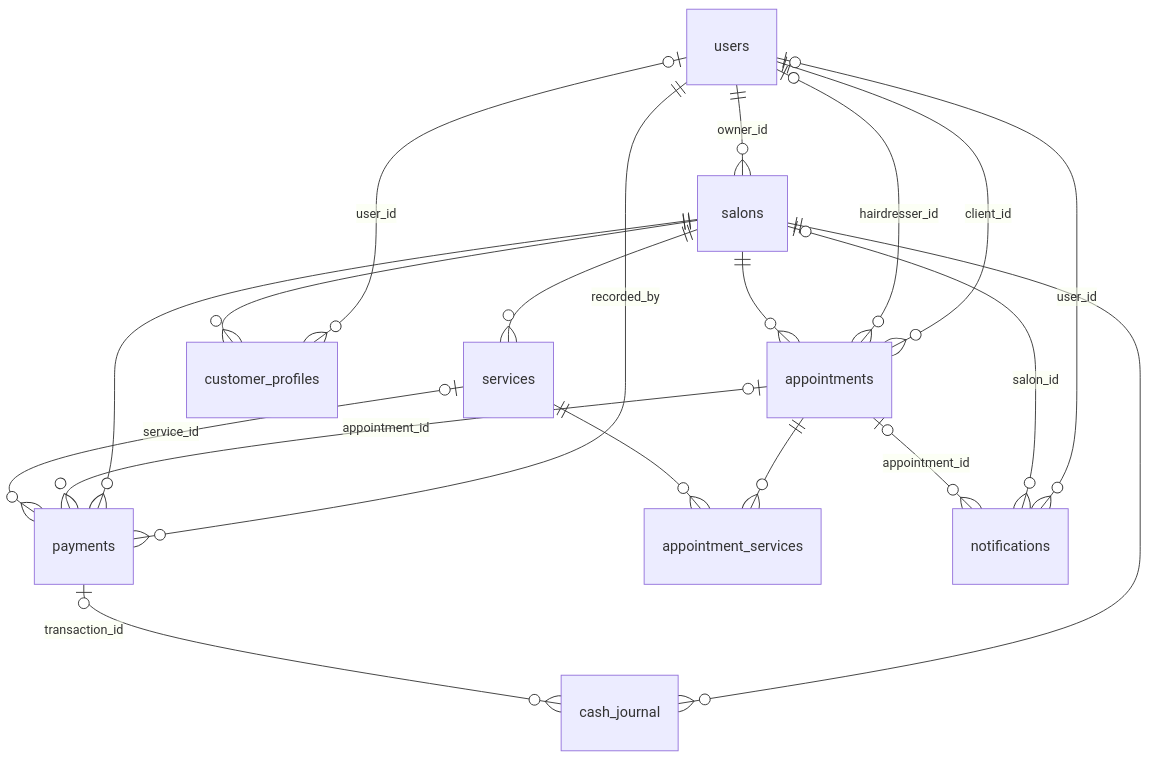
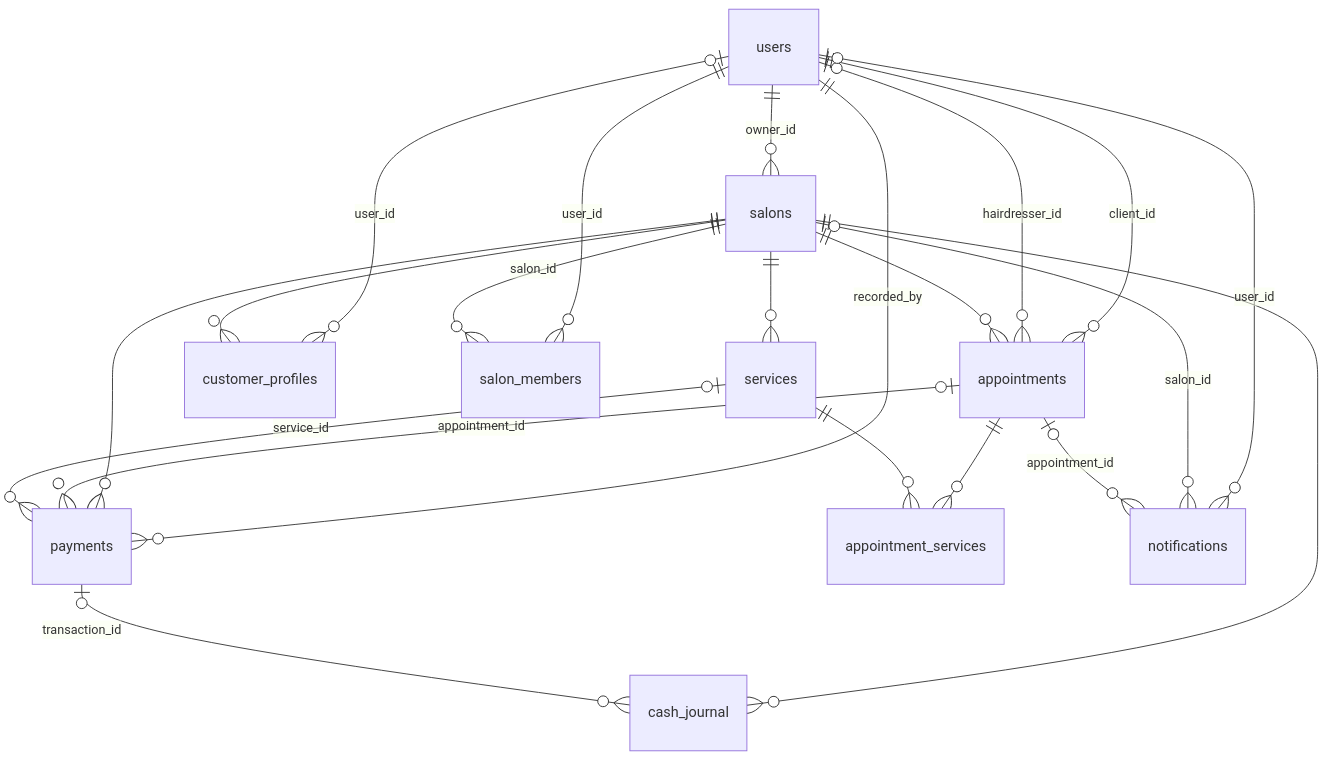
Before and after one commit to flavien-hugs/coiflink: the diagram in backend/README.md, drawn with Mermaid. The commit also changed other lines of this file and 22 other files, not shown here.

````diff
--- a/backend/README.md
+++ b/backend/README.md
@@ -388,21 +416,23 @@
 ```mermaid
 erDiagram
     users ||--o{ salons : "owner_id"
     users ||--o{ appointments : "client_id"
     users |o--o{ appointments : "hairdresser_id"
     users |o--o{ customer_profiles : "user_id"
     users ||--o{ payments : "recorded_by"
+    users ||--o{ salon_members : "user_id"
     salons ||--o{ services : ""
     salons ||--o{ appointments : ""
     salons ||--o{ customer_profiles : ""
     salons ||--o{ payments : ""
     salons ||--o{ cash_journal : ""
+    salons ||--o{ salon_members : "salon_id"
     appointments ||--o{ appointment_services : ""
     services ||--o{ appointment_services : ""
     appointments |o--o{ payments : "appointment_id"
     services |o--o{ payments : "service_id"
     payments |o--o{ cash_journal : "transaction_id"
     users |o--o{ notifications : "user_id"
     salons |o--o{ notifications : "salon_id"
     appointments |o--o{ notifications : "appointment_id"
 ```
````
